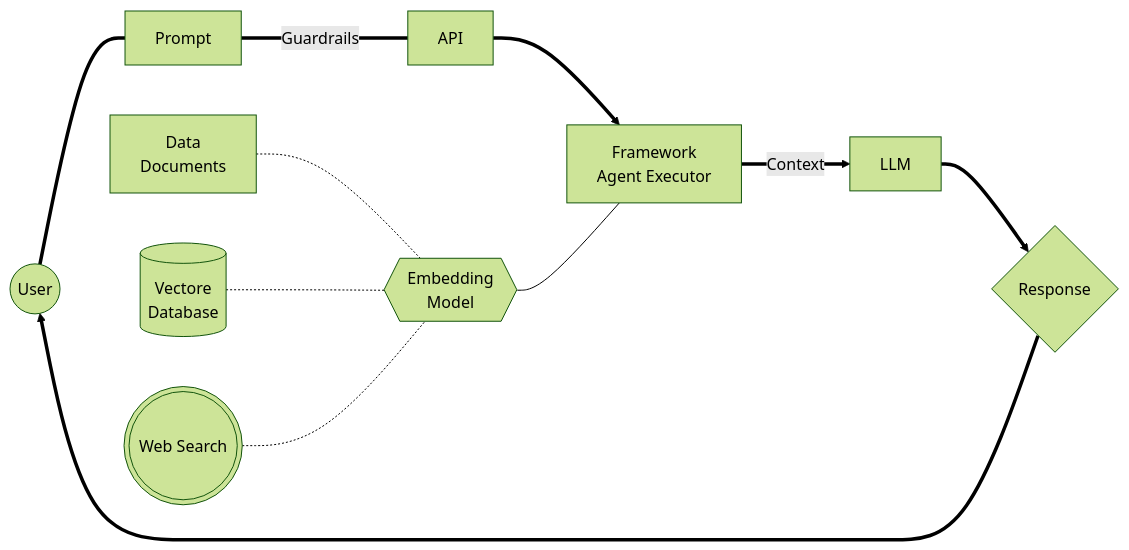
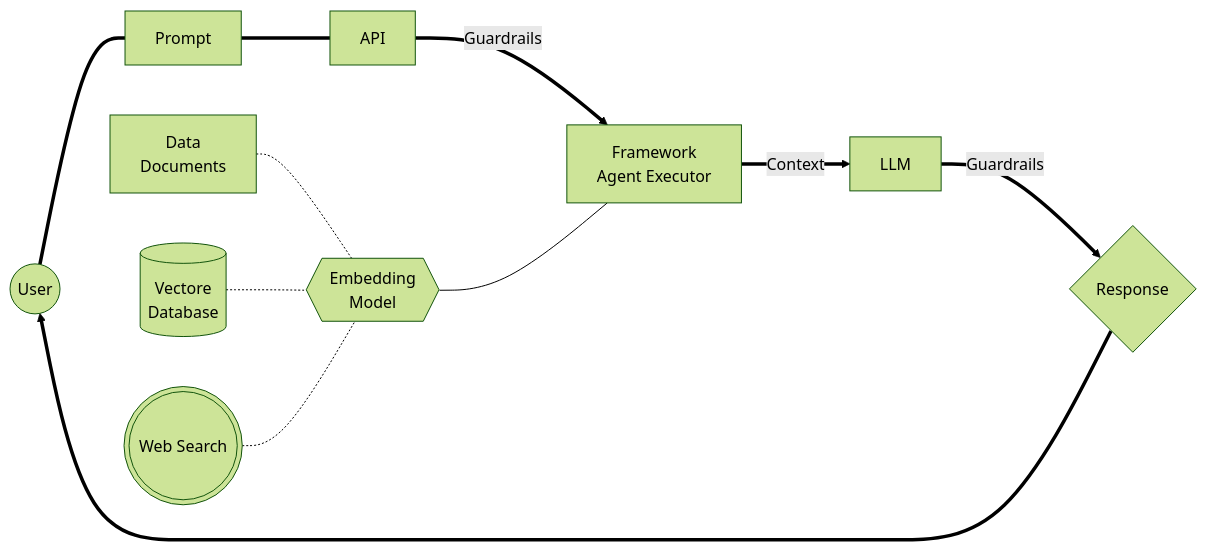
Before and after one commit to sebastianmarodi/chatbot_prototype: the diagram in bot_mindmap_simplified.md, drawn with Mermaid (forest theme).

Commit message:
edited simplified mindmap

````diff
--- a/bot_mindmap_simplified.md
+++ b/bot_mindmap_simplified.md
@@ -15,17 +15,17 @@
 ```mermaid
 flowchart LR;
     id0((User)) === id1[Prompt];
 
-    id1 === | Guardrails | API ==> id2[Framework\n Agent Executor] 
+    id1 ===  API ==> | Guardrails | id2[Framework\n Agent Executor] 
    
     id2 ==>| Context | LLM
-    LLM  ==>  id7{Response} 
+    LLM  ==> | Guardrails | id7{Response} 
 
     id3 --- id2
     id3{{Embedding\n Model}} 
     id4[Data\n Documents] -.- id3
     id5[(Vectore\n Database)] -.- id3
     id6(((Web Search))) -.- id3
     
     id7 ==> id0 
 ```
````
